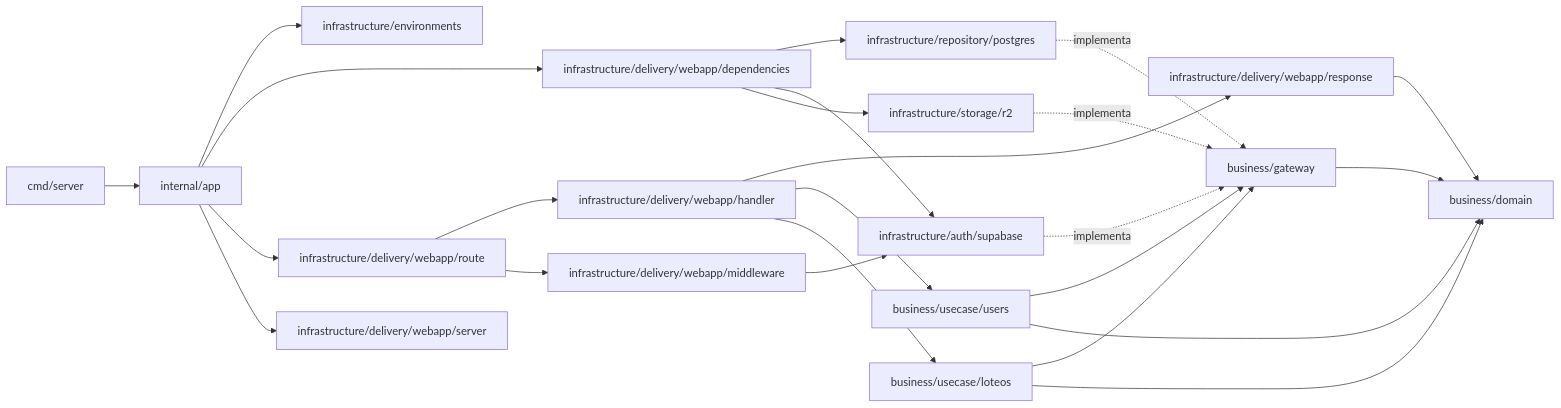
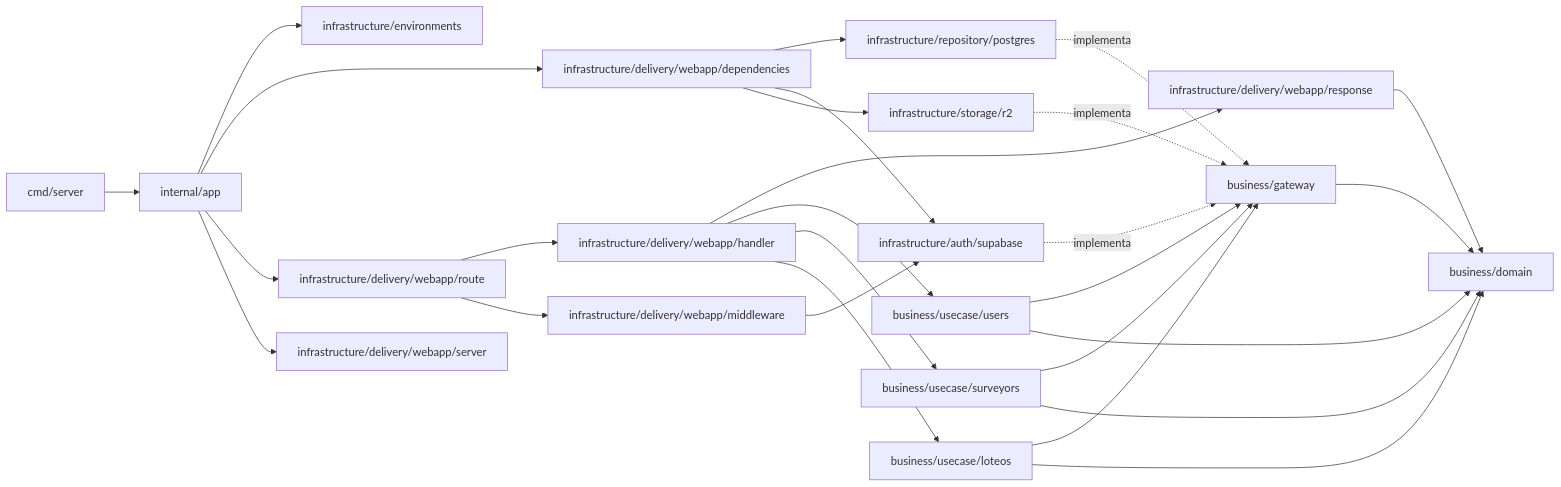
One commit to LoteoApp/LoteosAPP changed the second of 2 diagrams in docs/architecture.md. Above: the diagram before and after it, drawn with Mermaid. The commit also changed other lines of this file and 3 other files, not shown here.

````diff
--- a/docs/architecture.md
+++ b/docs/architecture.md
@@ -196,26 +210,29 @@
 ```mermaid
 flowchart LR
     main["cmd/server"] --> app["internal/app"]
     app --> environments["infrastructure/environments"]
     app --> deps["infrastructure/delivery/webapp/dependencies"]
     app --> route["infrastructure/delivery/webapp/route"]
     app --> server["infrastructure/delivery/webapp/server"]
     deps --> repo["infrastructure/repository/postgres"]
     deps --> supabase["infrastructure/auth/supabase"]
     deps --> storage["infrastructure/storage/r2"]
     route --> handler["infrastructure/delivery/webapp/handler"]
     route --> middleware["infrastructure/delivery/webapp/middleware"]
     middleware --> supabase
     handler --> response["infrastructure/delivery/webapp/response"]
     handler --> usecaseUsers["business/usecase/users"]
+    handler --> usecaseSurveyors["business/usecase/surveyors"]
     handler --> usecaseLoteos["business/usecase/loteos"]
     repo -.implementa.-> gateway["business/gateway"]
     supabase -.implementa.-> gateway
     storage -.implementa.-> gateway
     usecaseUsers --> gateway
+    usecaseSurveyors --> gateway
     usecaseLoteos --> gateway
     usecaseUsers --> domain["business/domain"]
+    usecaseSurveyors --> domain
     usecaseLoteos --> domain
     response --> domain
     gateway --> domain
 ```
````
